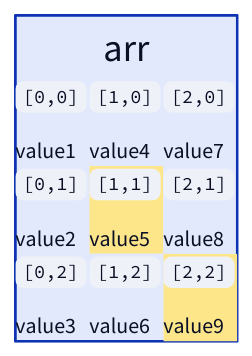
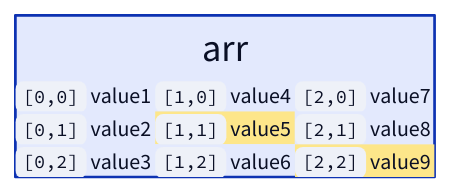
Before and after one commit to ani2fun/note-book: diagram 15 of 43 in src/computer-science/DSA/data-structures/1.arrays/02-multidimensional.md, drawn with D2. The commit also changed other lines of this file, not shown here.

Commit message:
DSA arrays: fix broken multi-line markdown grid cells in multidimensional
The Accessing-Elements and Modifying-Elements diagrams in
02-multidimensional.md used multi-line \`|md ... |\` cells with the
index and value as separate paragraphs (separated by a blank line).
d2 sized each cell from the shorter first line, so the longer second
line ("value1", etc.) overflowed visibly outside the cell box —
producing the broken-looking layout shown in the rendered page.

Collapsing each cell to a single markdown line keeps both pieces of
content (\`[r,c]\` and \`valueN\`) but lets d2 size the cell from the
full string. Result: each diagram drops from a broken 224×300 portrait
to a clean 368×180 landscape.

No content was removed — both the coordinate and the value still
appear in every cell, just on a single line.

````diff
--- a/src/computer-science/DSA/data-structures/1.arrays/02-multidimensional.md
+++ b/src/computer-science/DSA/data-structures/1.arrays/02-multidimensional.md
@@ -767,55 +749,37 @@
 ```d2
 arr: {
   grid-columns: 3
   grid-gap: 0
   a: |md
-    `[0,0]`
-
-    value1
+    `[0,0]` value1
   |
   b: |md
-    `[0,1]`
-
-    value2
+    `[0,1]` value2
   |
   c: |md
-    `[0,2]`
-
-    value3
+    `[0,2]` value3
   |
   d: |md
-    `[1,0]`
-
-    value4
+    `[1,0]` value4
   |
   e: |md
-    `[1,1]`
-
-    value5
+    `[1,1]` value5
   |
   f: |md
-    `[1,2]`
-
-    value6
+    `[1,2]` value6
   |
   g: |md
-    `[2,0]`
-
-    value7
+    `[2,0]` value7
   |
   h: |md
-    `[2,1]`
-
-    value8
+    `[2,1]` value8
   |
   i: |md
-    `[2,2]`
-
-    value9
+    `[2,2]` value9
   |
 }
 arr.e.style.fill: "#fde68a"
 arr.e.style.stroke: "#d97706"
 arr.i.style.fill: "#fde68a"
 arr.i.style.stroke: "#d97706"
 ```
````
